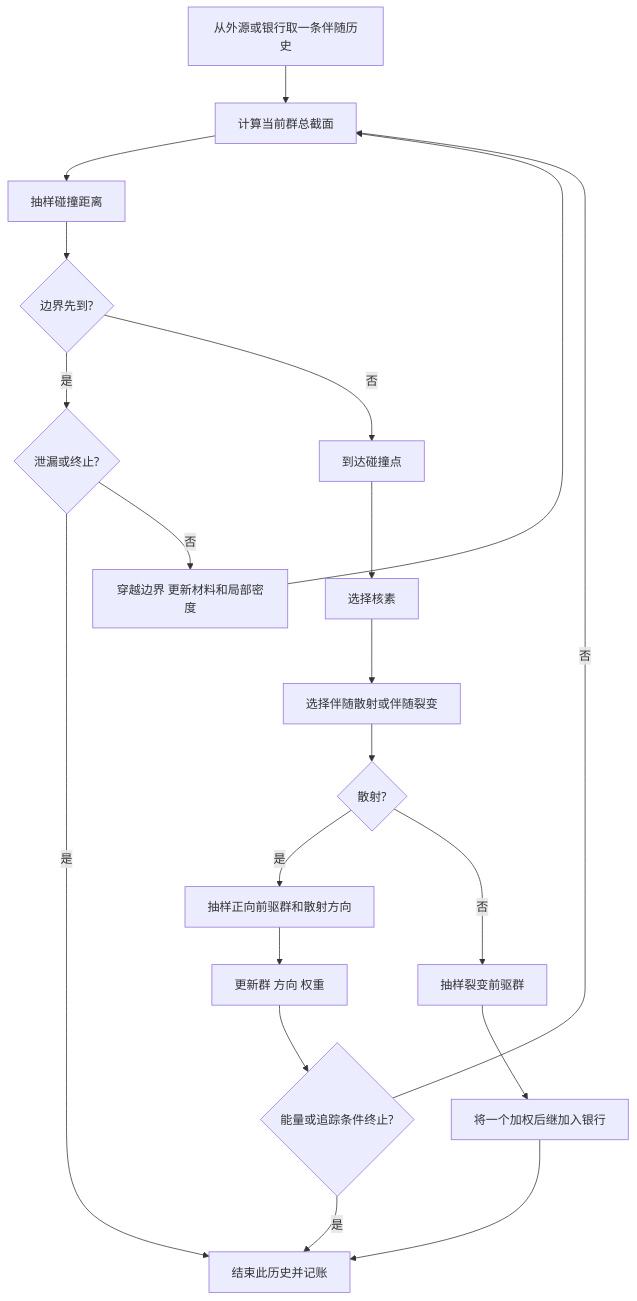
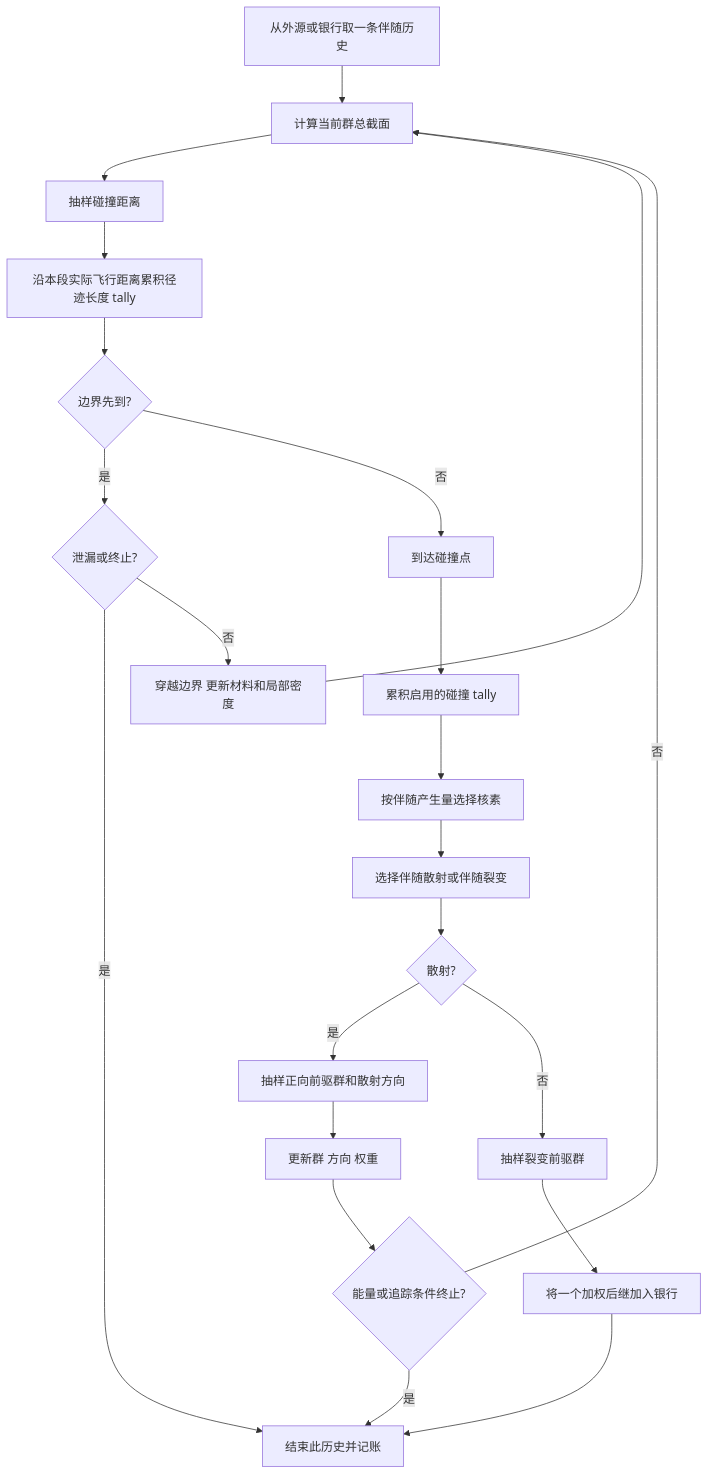
One commit to Silver-Zhang/AI_MC_WW_interation changed the second of 5 diagrams in MLVR_Physics_Guide/01_RMC多群伴随输运/02_流程图与时序图.md. Above: the diagram before and after it, drawn with Mermaid. The commit also changed other lines of this file and 23 other files, not shown here.

````diff
--- a/MLVR_Physics_Guide/01_RMC多群伴随输运/02_流程图与时序图.md
+++ b/MLVR_Physics_Guide/01_RMC多群伴随输运/02_流程图与时序图.md
@@ -44,22 +47,24 @@
 ```mermaid
 flowchart TD
     A[从外源或银行取一条伴随历史] --> B[计算当前群总截面]
     B --> C[抽样碰撞距离]
-    C --> D{边界先到?}
+    C --> CA[沿本段实际飞行距离累积径迹长度 tally]
+    CA --> D{边界先到?}
     D -->|是| E{泄漏或终止?}
     E -->|是| Z[结束此历史并记账]
     E -->|否| F[穿越边界 更新材料和局部密度]
     F --> B
     D -->|否| G[到达碰撞点]
-    G --> H[选择核素]
+    G --> GA[累积启用的碰撞 tally]
+    GA --> H[按伴随产生量选择核素]
     H --> I[选择伴随散射或伴随裂变]
     I --> J{散射?}
     J -->|是| K[抽样正向前驱群和散射方向]
     K --> L[更新群 方向 权重]
     L --> M{能量或追踪条件终止?}
     M -->|否| B
     M -->|是| Z
     J -->|否| N[抽样裂变前驱群]
     N --> O[将一个加权后继加入银行]
     O --> Z
 ```
````
